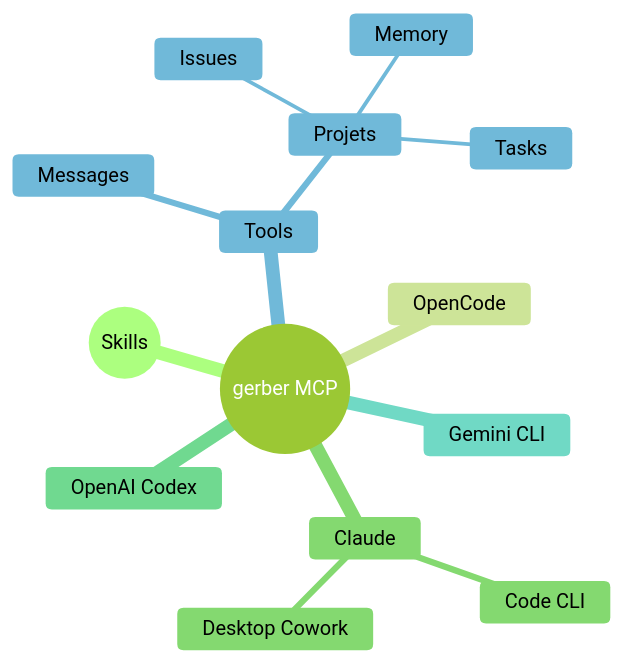
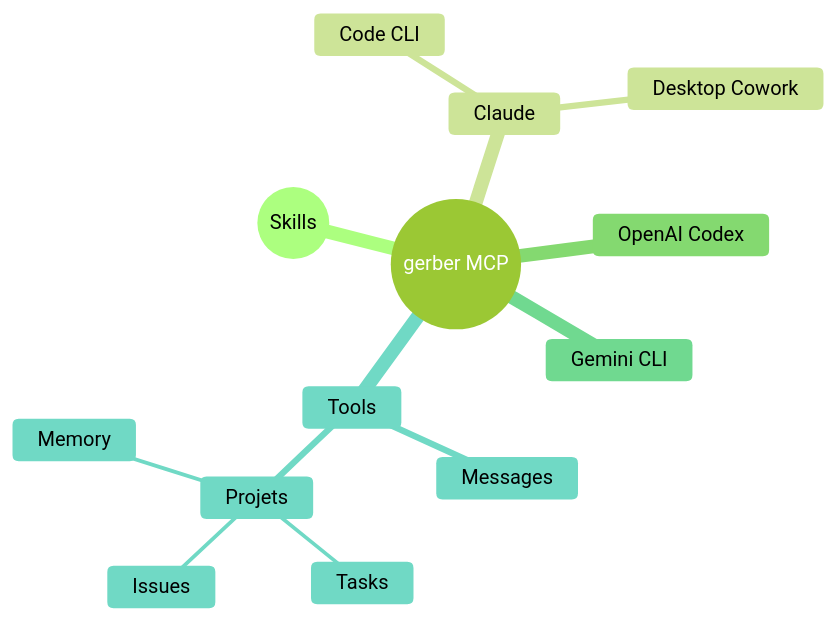
Before and after one commit to eRom/gerber-caserne: the diagram in README.md, drawn with Mermaid (forest theme). The commit also changed other lines of this file and 10 other files, not shown here.

````diff
--- a/README.md
+++ b/README.md
@@ -14,18 +14,17 @@
 ```mermaid
 mindmap
   root((gerber MCP))
     S((Skills))
-    OpenCode
     Claude
       Code CLI
       Desktop Cowork
     OpenAI Codex
     Gemini CLI
     
     Tools
       Messages
       Projets
         Tasks
         Issues
         Memory
 ```
````
